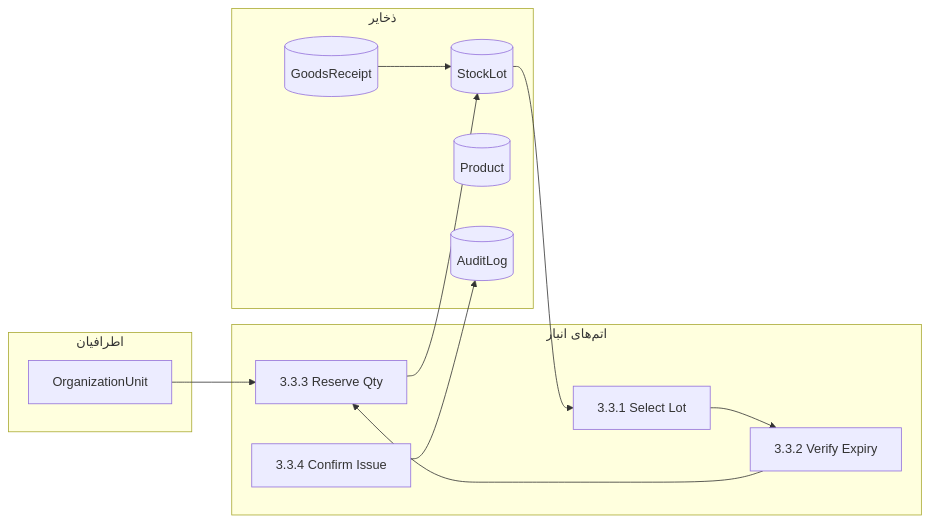
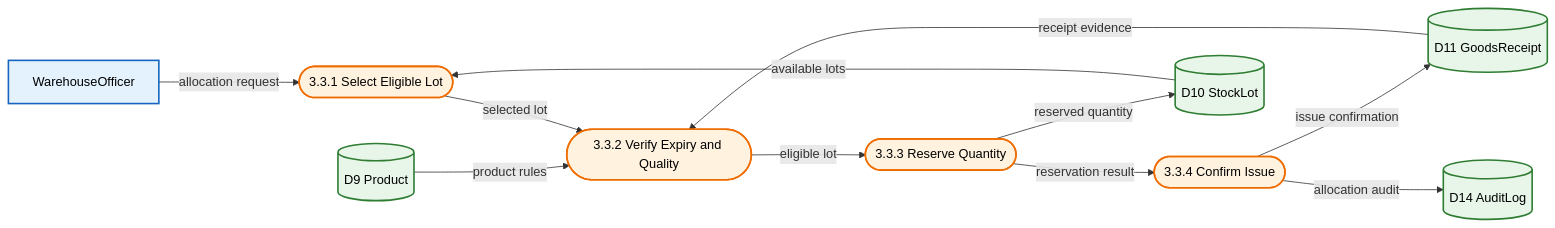
Diagram 11 of 11 in docs/02_architecture/ARCH_integrated-hr-finance-procurement-dfd_v1.md (Shakour-Data/BedaanWaves), drawn with Mermaid before and after one commit. The commit also changed other lines of this file and 3 other files, not shown here.

Commit message:
Update architecture BPMN, DFD, UML state machine, and add structural diagram

````diff
--- a/docs/02_architecture/ARCH_integrated-hr-finance-procurement-dfd_v1.md
+++ b/docs/02_architecture/ARCH_integrated-hr-finance-procurement-dfd_v1.md
@@ -416,25 +520,27 @@
 ```mermaid
 flowchart LR
-    subgraph External ["اطرافیان"]
-        MGR[OrganizationUnit]
-    end
-    subgraph Stores ["ذخایر"]
-        S1[(StockLot)]
-        S2[(Product)]
-        S3[(GoodsReceipt)]
-        S4[(AuditLog)]
-    end
-    subgraph Processes ["اتم‌های انبار"]
-        T1[3.3.1 Select Lot]
-        T2[3.3.2 Verify Expiry]
-        T3[3.3.3 Reserve Qty]
-        T4[3.3.4 Confirm Issue]
-    end
-    S3 --> S1
-    S1 --> T1
-    T1 --> T2
-    T2 --> T3
-    T3 --> S1
-    MGR --> T3
-    T4 --> S4
+    classDef entity fill:#E3F2FD,stroke:#1565C0,stroke-width:2px,color:#000;
+    classDef process fill:#FFF3E0,stroke:#EF6C00,stroke-width:2px,color:#000;
+    classDef store fill:#E8F5E9,stroke:#2E7D32,stroke-width:2px,color:#000;
+
+    WH[WarehouseOfficer]:::entity
+    T1([3.3.1 Select Eligible Lot]):::process
+    T2([3.3.2 Verify Expiry and Quality]):::process
+    T3([3.3.3 Reserve Quantity]):::process
+    T4([3.3.4 Confirm Issue]):::process
+    D10[(D10 StockLot)]:::store
+    D9[(D9 Product)]:::store
+    D11[(D11 GoodsReceipt)]:::store
+    D14[(D14 AuditLog)]:::store
+
+    WH -->|allocation request| T1
+    D10 -->|available lots| T1
+    D9 -->|product rules| T2
+    D11 -->|receipt evidence| T2
+    T1 -->|selected lot| T2
+    T2 -->|eligible lot| T3
+    T3 -->|reserved quantity| D10
+    T3 -->|reservation result| T4
+    T4 -->|issue confirmation| D11
+    T4 -->|allocation audit| D14
 ```
````
